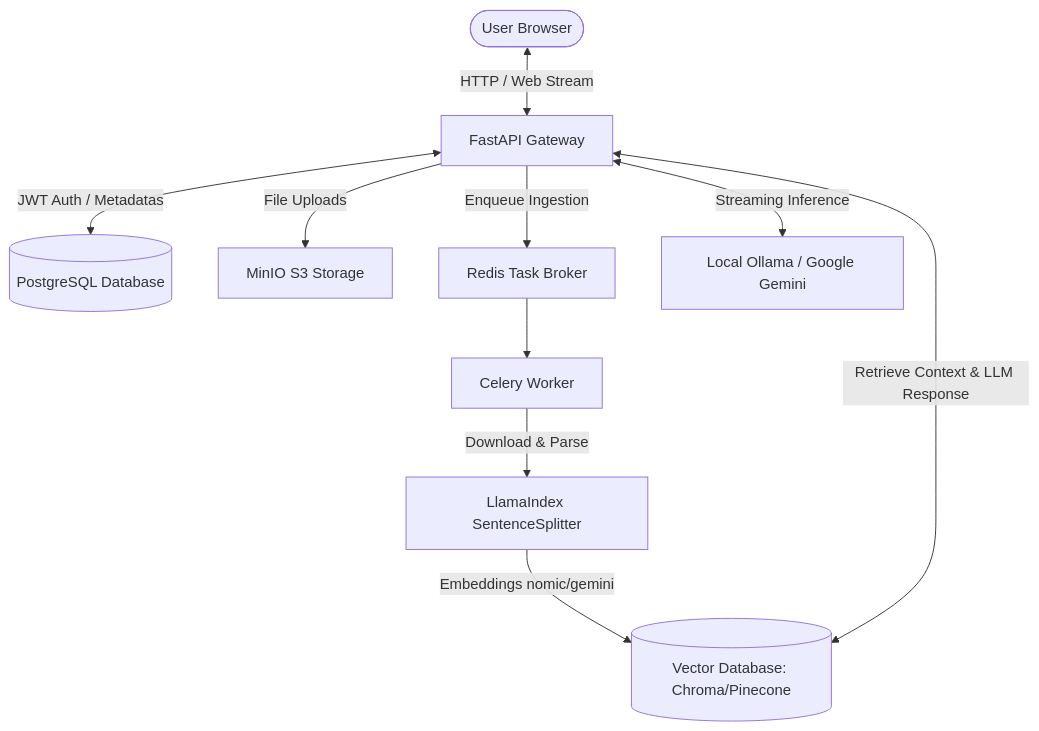
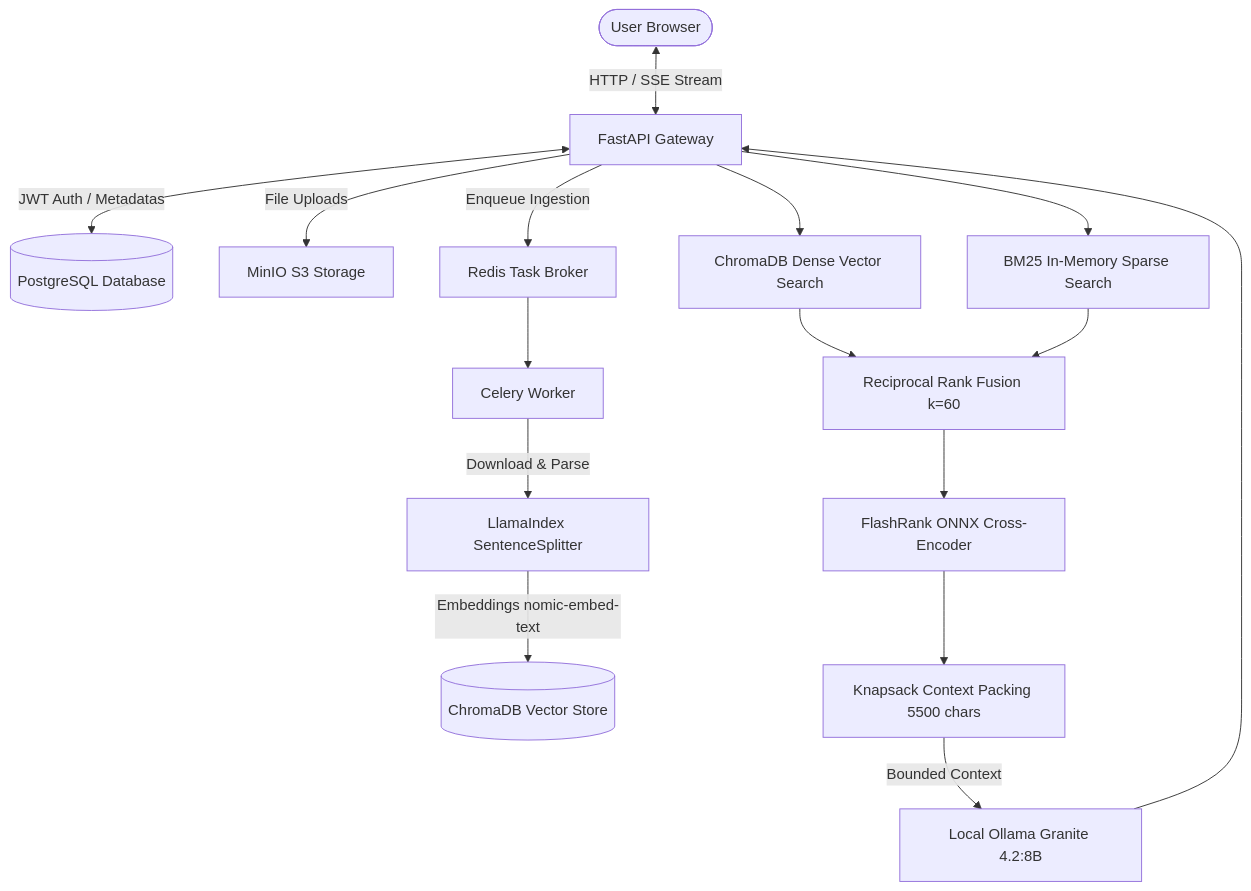
One commit to 24f3003349/-Domain-Expert-RAG-Assistant changed the diagram in README.md. Above: the diagram before and after it, drawn with Mermaid. The commit also changed other lines of this file and 5 other files, not shown here.

````diff
--- a/README.md
+++ b/README.md
@@ -35,12 +49,18 @@
 ```mermaid
 graph TD
-    User([User Browser]) <--> |HTTP / Web Stream| API[FastAPI Gateway]
+    User([User Browser]) <--> |HTTP / SSE Stream| API[FastAPI Gateway]
     API <--> |JWT Auth / Metadatas| PG[(PostgreSQL Database)]
     API --> |File Uploads| MinIO[MinIO S3 Storage]
     API --> |Enqueue Ingestion| Redis[Redis Task Broker]
     Redis --> Worker[Celery Worker]
     Worker --> |Download & Parse| Parsing[LlamaIndex SentenceSplitter]
-    Parsing --> |Embeddings nomic/gemini| ChromaDB[(Vector Database: Chroma/Pinecone)]
-    API <--> |Retrieve Context & LLM Response| ChromaDB
-    API <--> |Streaming Inference| LLM[Local Ollama / Google Gemini]
+    Parsing --> |Embeddings nomic-embed-text| ChromaDB[(ChromaDB Vector Store)]
+    API --> Dense[ChromaDB Dense Vector Search]
+    API --> Sparse[BM25 In-Memory Sparse Search]
+    Dense --> RRF[Reciprocal Rank Fusion k=60]
+    Sparse --> RRF
+    RRF --> Rerank[FlashRank ONNX Cross-Encoder]
+    Rerank --> Knapsack[Knapsack Context Packing 5500 chars]
+    Knapsack --> |Bounded Context| LLM[Local Ollama Granite 4.2:8B]
+    LLM --> API
 ```
````
